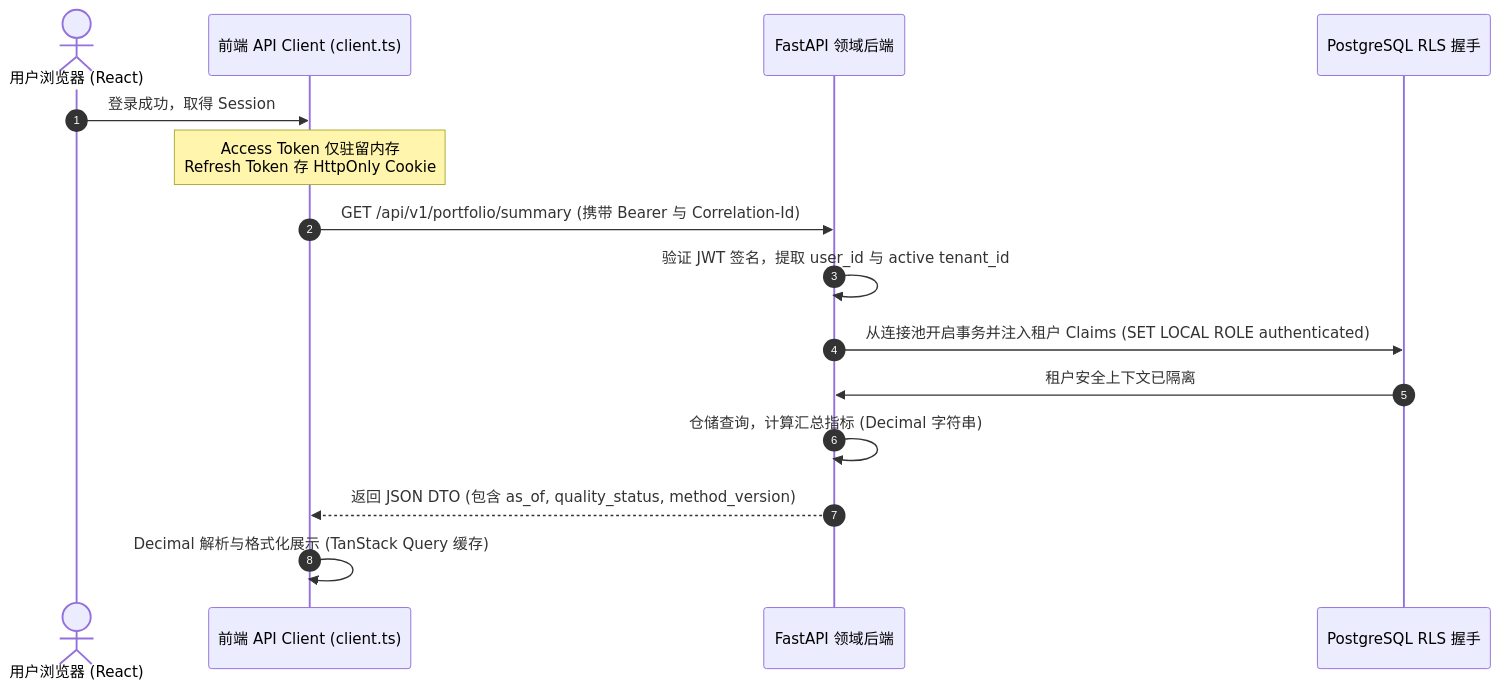
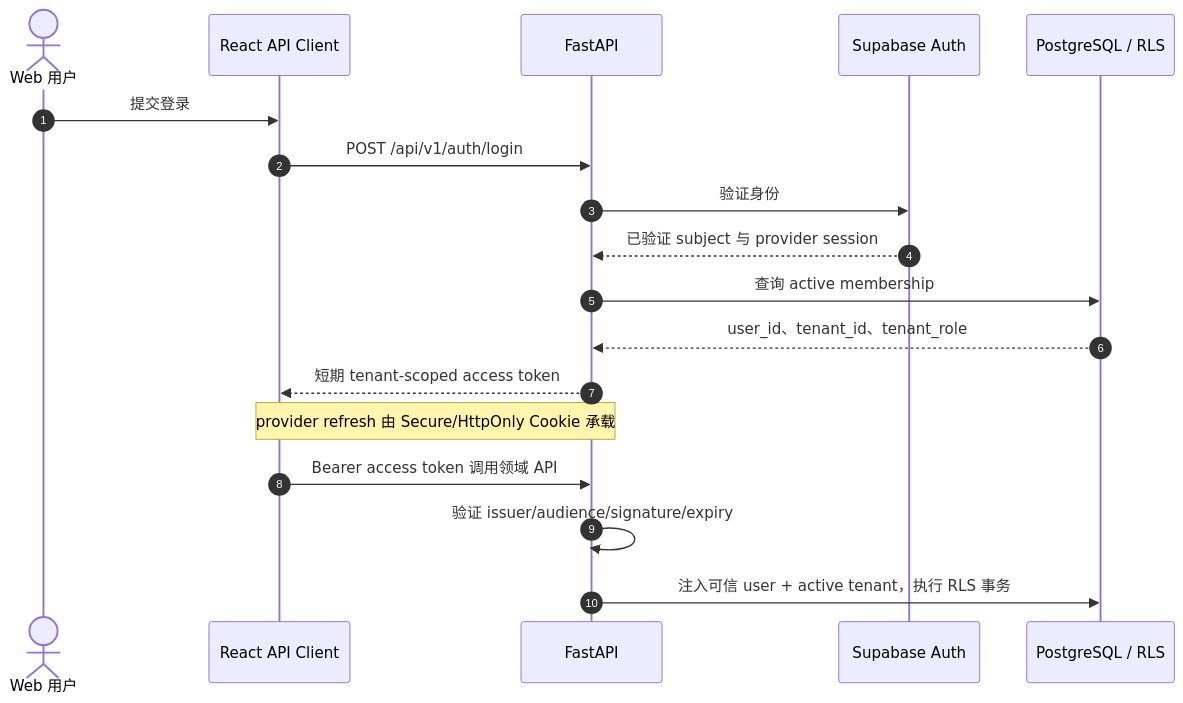
One commit to sinojelly/wealthsail changed the third of 6 diagrams in docs/10.WealthSail-MVP前后端实现与系统部署规范.md. Above: the diagram before and after it, drawn with Mermaid. The commit also changed other lines of this file and 1 other file, not shown here.

````diff
--- a/docs/10.WealthSail-MVP前后端实现与系统部署规范.md
+++ b/docs/10.WealthSail-MVP前后端实现与系统部署规范.md
@@ -200,19 +391,21 @@
 ```mermaid
 sequenceDiagram
     autonumber
-    actor User as 用户浏览器 (React)
-    participant Web as 前端 API Client (client.ts)
-    participant API as FastAPI 领域后端
-    participant RLS as PostgreSQL RLS 握手
+    actor User as Web 用户
+    participant Web as React API Client
+    participant API as FastAPI
+    participant Auth as Supabase Auth
+    participant DB as PostgreSQL / RLS
 
-    User->>Web: 登录成功，取得 Session
-    Note over Web: Access Token 仅驻留内存<br/>Refresh Token 存 HttpOnly Cookie
-    
-    Web->>API: GET /api/v1/portfolio/summary (携带 Bearer 与 Correlation-Id)
-    API->>API: 验证 JWT 签名，提取 user_id 与 active tenant_id
-    API->>RLS: 从连接池开启事务并注入租户 Claims (SET LOCAL ROLE authenticated)
-    RLS->>API: 租户安全上下文已隔离
-    API->>API: 仓储查询，计算汇总指标 (Decimal 字符串)
-    API-->>Web: 返回 JSON DTO (包含 as_of, quality_status, method_version)
-    Web->>Web: Decimal 解析与格式化展示 (TanStack Query 缓存)
+    User->>Web: 提交登录
+    Web->>API: POST /api/v1/auth/login
+    API->>Auth: 验证身份
+    Auth-->>API: 已验证 subject 与 provider session
+    API->>DB: 查询 active membership
+    DB-->>API: user_id、tenant_id、tenant_role
+    API-->>Web: 短期 tenant-scoped access token
+    Note over API,Web: provider refresh 由 Secure/HttpOnly Cookie 承载
+    Web->>API: Bearer access token 调用领域 API
+    API->>API: 验证 issuer/audience/signature/expiry
+    API->>DB: 注入可信 user + active tenant，执行 RLS 事务
 ```
````
